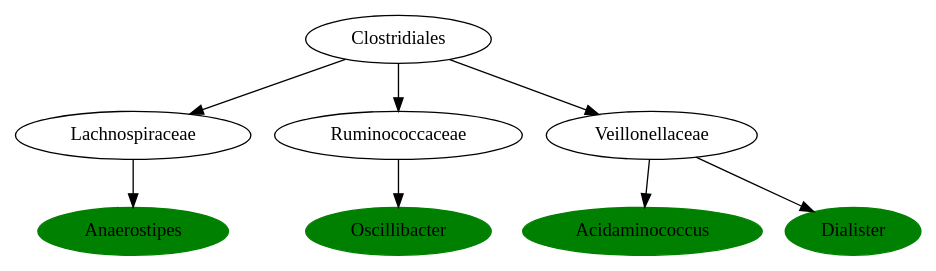
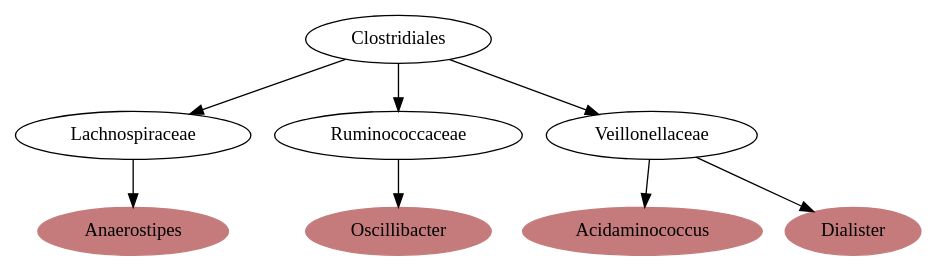
The diagram in experiments/2b/phylogenetic-tree/dotfiles/9.dot (AndersHqst/thesis), drawn with Graphviz before and after one commit. The commit also changed 77 other files, not shown here.

Commit message:
Added plotting code for summary graphs

```diff
--- a/experiments/2b/phylogenetic-tree/dotfiles/9.dot
+++ b/experiments/2b/phylogenetic-tree/dotfiles/9.dot
@@ -1,28 +1,28 @@
 digraph G { 
-	LachnospiraceaeAnaerostipes [label="Anaerostipes", color="green", style=filled];
+	LachnospiraceaeAnaerostipes [label="Anaerostipes", color="#C57B7B", style=filled];
 	ClostridialesLachnospiraceae [label="Lachnospiraceae"];
 	LachnospiraceaeAnaerostipes [label="Anaerostipes"];
 	ClostridialesLachnospiraceae -> LachnospiraceaeAnaerostipes;
 	ClostridiaClostridiales [label="Clostridiales"];
 	ClostridialesLachnospiraceae [label="Lachnospiraceae"];
 	ClostridiaClostridiales -> ClostridialesLachnospiraceae;
-	RuminococcaceaeOscillibacter [label="Oscillibacter", color="green", style=filled];
+	RuminococcaceaeOscillibacter [label="Oscillibacter", color="#C57B7B", style=filled];
 	ClostridialesRuminococcaceae [label="Ruminococcaceae"];
 	RuminococcaceaeOscillibacter [label="Oscillibacter"];
 	ClostridialesRuminococcaceae -> RuminococcaceaeOscillibacter;
 	ClostridiaClostridiales [label="Clostridiales"];
 	ClostridialesRuminococcaceae [label="Ruminococcaceae"];
 	ClostridiaClostridiales -> ClostridialesRuminococcaceae;
-	VeillonellaceaeAcidaminococcus [label="Acidaminococcus", color="green", style=filled];
+	VeillonellaceaeAcidaminococcus [label="Acidaminococcus", color="#C57B7B", style=filled];
 	ClostridialesVeillonellaceae [label="Veillonellaceae"];
 	VeillonellaceaeAcidaminococcus [label="Acidaminococcus"];
 	ClostridialesVeillonellaceae -> VeillonellaceaeAcidaminococcus;
 	ClostridiaClostridiales [label="Clostridiales"];
 	ClostridialesVeillonellaceae [label="Veillonellaceae"];
 	ClostridiaClostridiales -> ClostridialesVeillonellaceae;
-	VeillonellaceaeDialister [label="Dialister", color="green", style=filled];
+	VeillonellaceaeDialister [label="Dialister", color="#C57B7B", style=filled];
 	ClostridialesVeillonellaceae [label="Veillonellaceae"];
 	VeillonellaceaeDialister [label="Dialister"];
 	ClostridialesVeillonellaceae -> VeillonellaceaeDialister;
 
  }
```
